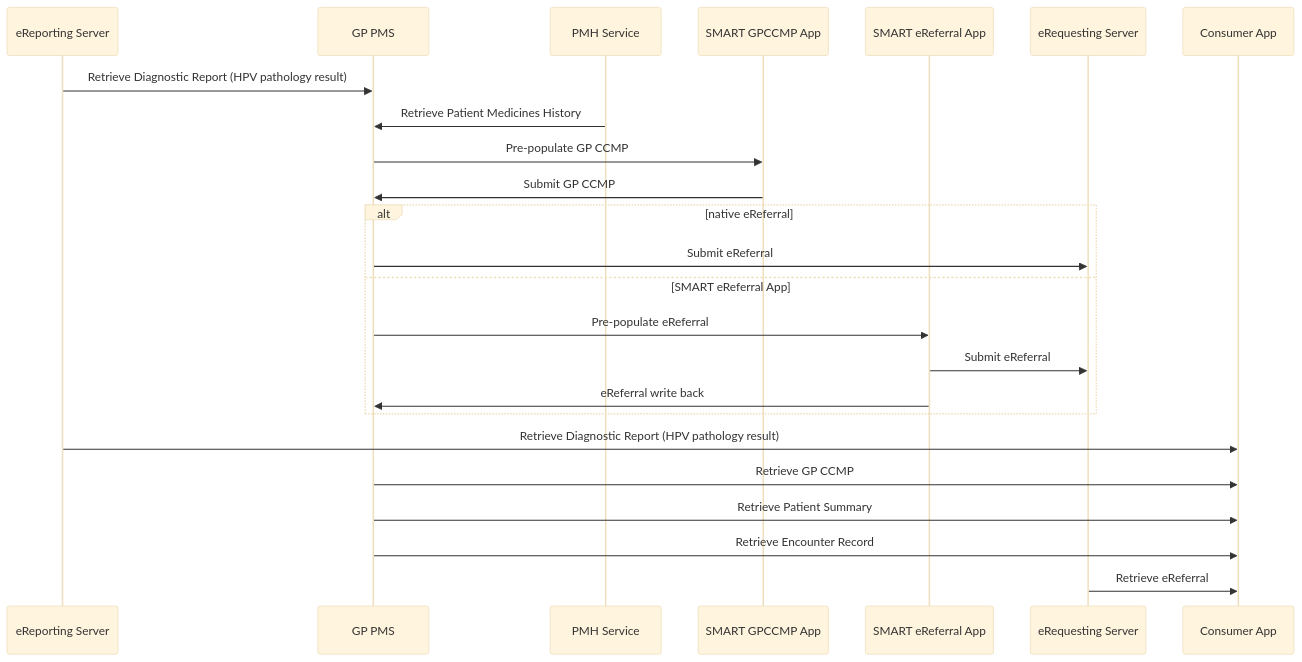
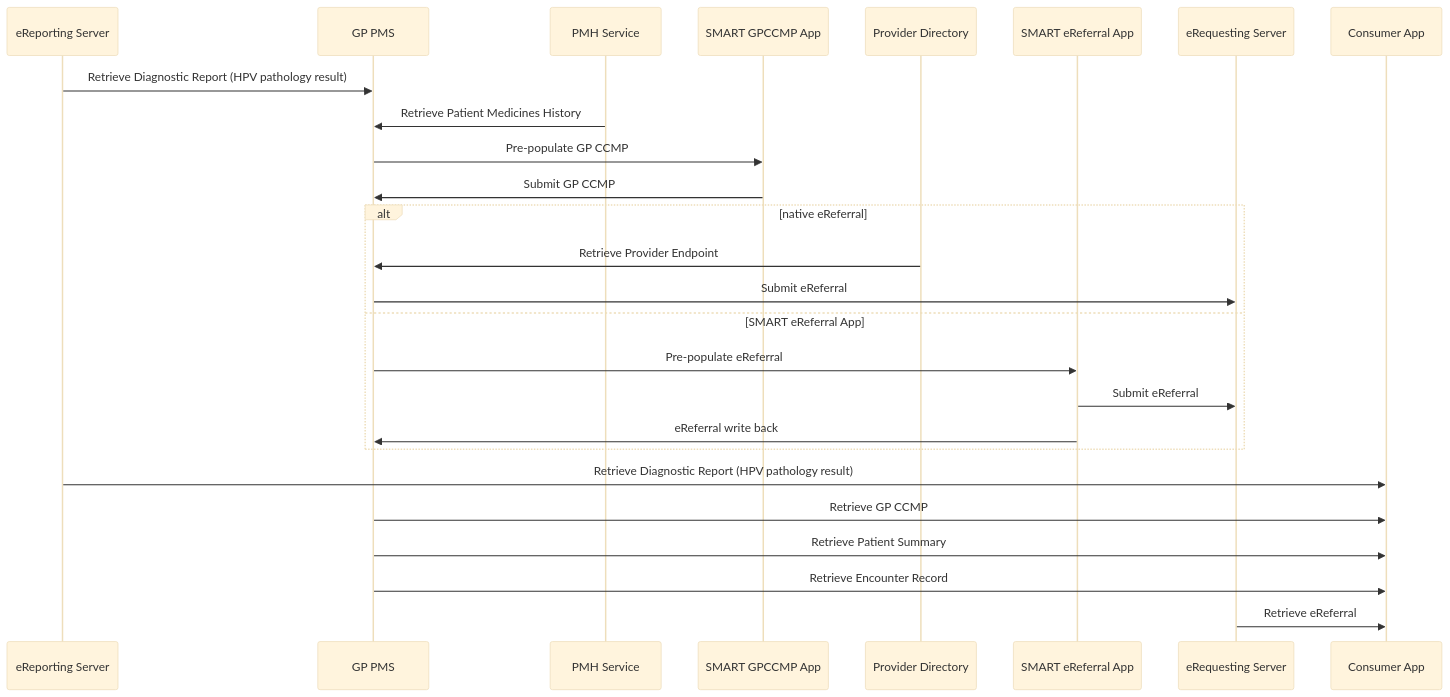
The second of 7 diagrams in au-fhir-test-data-set/connected-care/Alex Story Interactions.md (hl7au/au-fhir-test-data), drawn with Mermaid (base theme) before and after one commit.

Commit message:
Update Alex Story Interactions

````diff
--- a/au-fhir-test-data-set/connected-care/Alex Story Interactions.md
+++ b/au-fhir-test-data-set/connected-care/Alex Story Interactions.md
@@ -25,31 +25,33 @@
 ```mermaid
 sequenceDiagram
     participant RptSvr as eReporting Server
     participant PMS as GP PMS
     participant PMH as PMH Service
     participant CPApp as SMART GPCCMP App
+    participant PD as Provider Directory
     participant RefApp as SMART eReferral App
     participant ReqSvr as eRequesting Server
     participant PatApp as Consumer App
     
     RptSvr->>PMS: Retrieve Diagnostic Report (HPV pathology result)
     PMH->>PMS: Retrieve Patient Medicines History
 
     PMS->>CPApp: Pre-populate GP CCMP
     CPApp->>PMS: Submit GP CCMP
 
     alt native eReferral 
+      PD->>PMS: Retrieve Provider Endpoint
       PMS->>ReqSvr: Submit eReferral
     else SMART eReferral App
       PMS->>RefApp: Pre-populate eReferral
       RefApp->>ReqSvr: Submit eReferral
       RefApp->>PMS: eReferral write back
     end
 
     RptSvr->>PatApp: Retrieve Diagnostic Report (HPV pathology result)
     PMS->>PatApp: Retrieve GP CCMP
     PMS->>PatApp: Retrieve Patient Summary
     PMS->>PatApp: Retrieve Encounter Record
     ReqSvr->>PatApp: Retrieve eReferral
 
 ```
````
